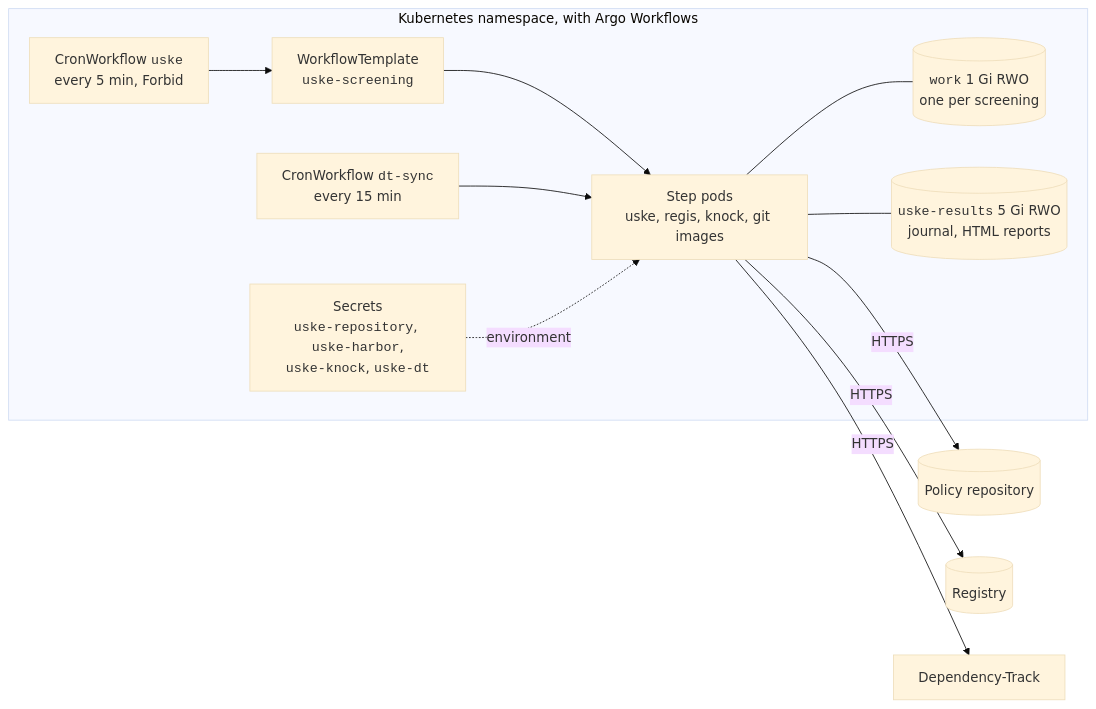
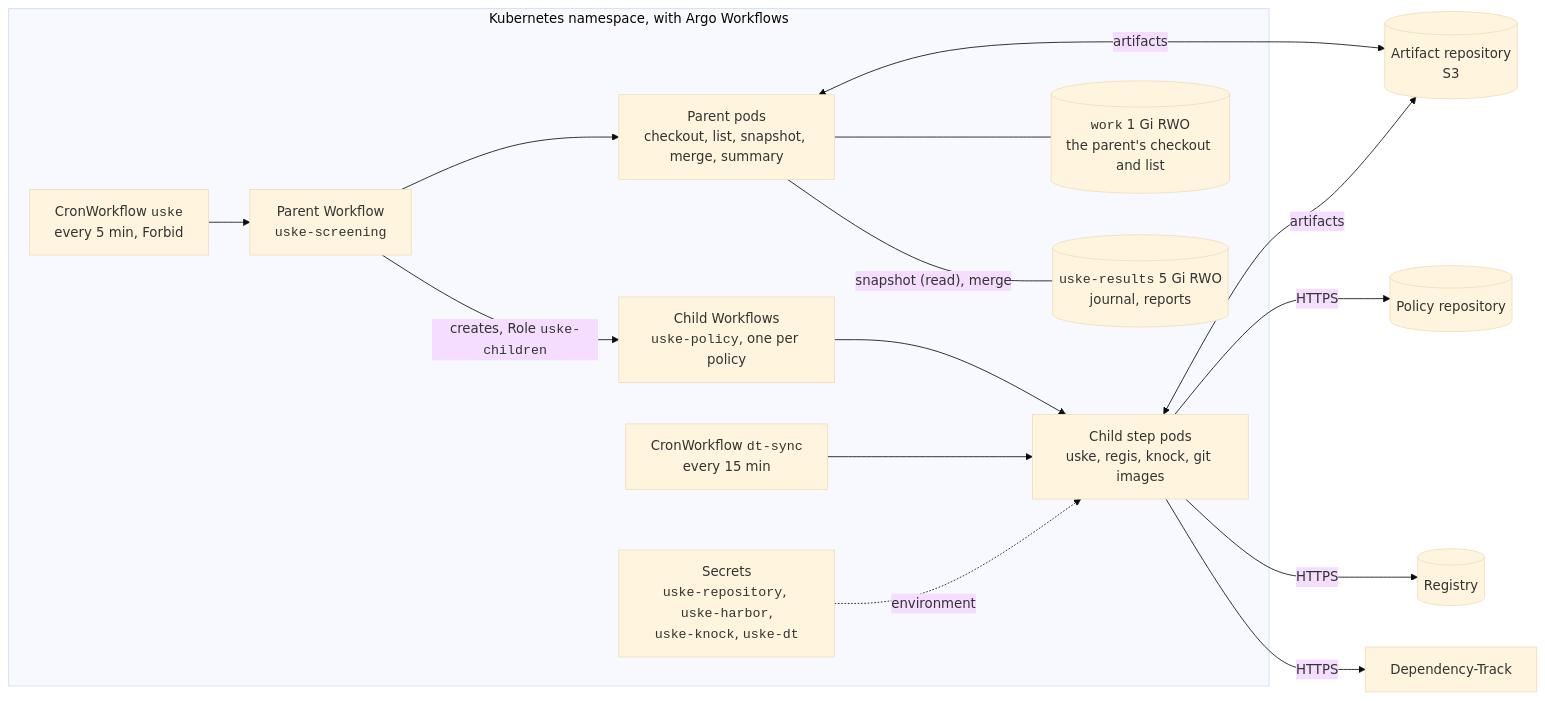
One commit to trivoallan/uske changed the fifth of 5 diagrams in docs/architecture/arc42.md. Above: the diagram before and after it, drawn with Mermaid (base theme). The commit also changed other lines of this file and 39 other files, not shown here.

First line of the commit message:
feat: un screening en une commande, et un Workflow par politique sans volume partagé (#53)

````diff
--- a/docs/architecture/arc42.md
+++ b/docs/architecture/arc42.md
@@ -458,20 +480,24 @@
 ```mermaid
 flowchart LR
   subgraph ns["Kubernetes namespace, with Argo Workflows"]
     c1["CronWorkflow <code>uske</code><br>every 5 min, Forbid"]
     c2["CronWorkflow <code>dt-sync</code><br>every 15 min"]
-    wt["WorkflowTemplate<br><code>uske-screening</code>"]
-    pods["Step pods<br>uske, regis, knock, git images"]
-    work[("<code>work</code> 1 Gi RWO<br>one per screening")]
-    res[("<code>uske-results</code> 5 Gi RWO<br>journal, HTML reports")]
+    wt["Parent Workflow<br><code>uske-screening</code>"]
+    wc["Child Workflows<br><code>uske-policy</code>, one per policy"]
+    pp["Parent pods<br>checkout, list, snapshot, merge, summary"]
+    pods["Child step pods<br>uske, regis, knock, git images"]
+    work[("<code>work</code> 1 Gi RWO<br>the parent's checkout and list")]
+    res[("<code>uske-results</code> 5 Gi RWO<br>journal, reports")]
     sec["Secrets<br><code>uske-repository</code>, <code>uske-harbor</code>,<br><code>uske-knock</code>, <code>uske-dt</code>"]
-    c1 --> wt --> pods
+    c1 --> wt --> pp
+    wt -->|"creates, Role <code>uske-children</code>"| wc --> pods
     c2 --> pods
-    pods --- work
-    pods --- res
+    pp --- work
+    pp ---|"snapshot (read), merge"| res
     sec -.->|"environment"| pods
   end
+  pp & pods <-->|"artifacts"| art[("Artifact repository<br>S3")]
   pods -->|"HTTPS"| git[("Policy repository")]
   pods -->|"HTTPS"| reg[("Registry")]
   pods -->|"HTTPS"| dt["Dependency-Track"]
 ```
````
